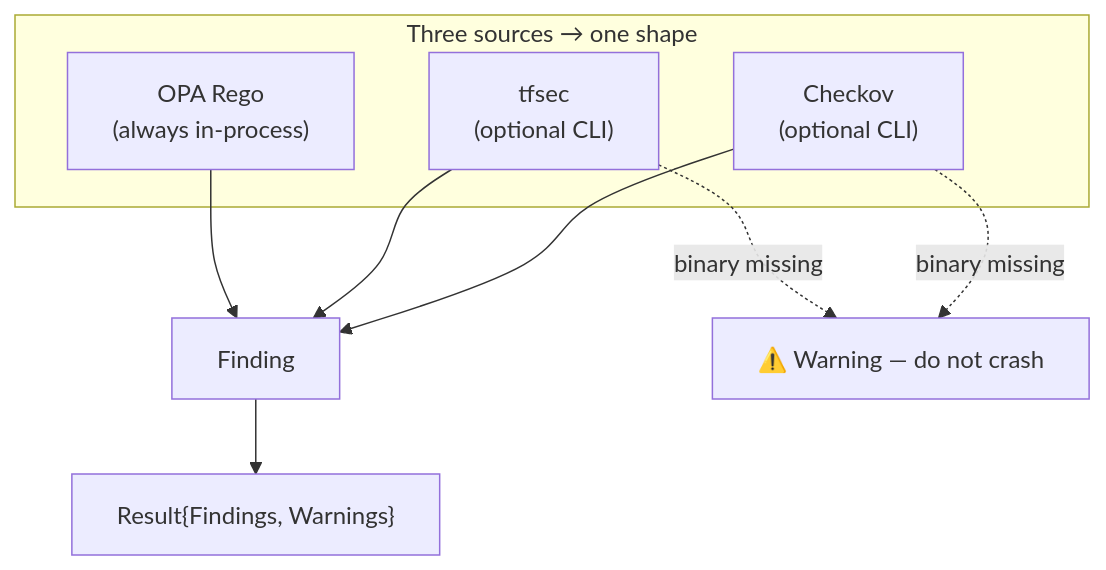
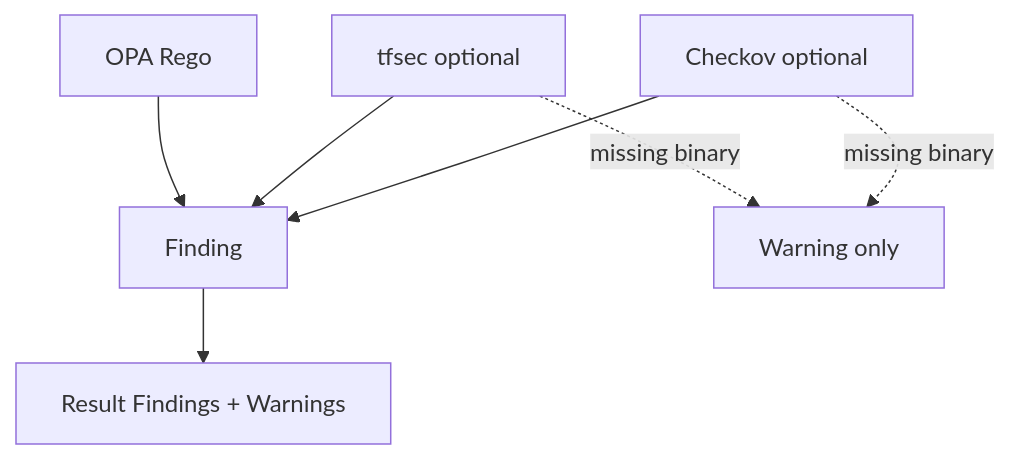
The sixth of 7 diagrams in README.md (SamyBaouche/iac-sentinel), drawn with Mermaid before and after one commit. The commit also changed other lines of this file, not shown here.

````diff
--- a/README.md
+++ b/README.md
@@ -247,16 +194,9 @@
 ```mermaid
 flowchart TB
-  subgraph SOURCES["Three sources → one shape"]
-    CKV["Checkov<br/>(optional CLI)"]
-    TFS["tfsec<br/>(optional CLI)"]
-    OPA["OPA Rego<br/>(always in-process)"]
-  end
-
-  CKV --> F["Finding"]
-  TFS --> F
-  OPA --> F
-  F --> R["Result{Findings, Warnings}"]
-
-  CKV -.->|binary missing| W["⚠️ Warning — do not crash"]
-  TFS -.->|binary missing| W
+  CKV[Checkov optional] --> F[Finding]
+  TFS[tfsec optional] --> F
+  OPA[OPA Rego] --> F
+  F --> R["Result Findings + Warnings"]
+  CKV -.->|missing binary| W[Warning only]
+  TFS -.->|missing binary| W
 ```
````
